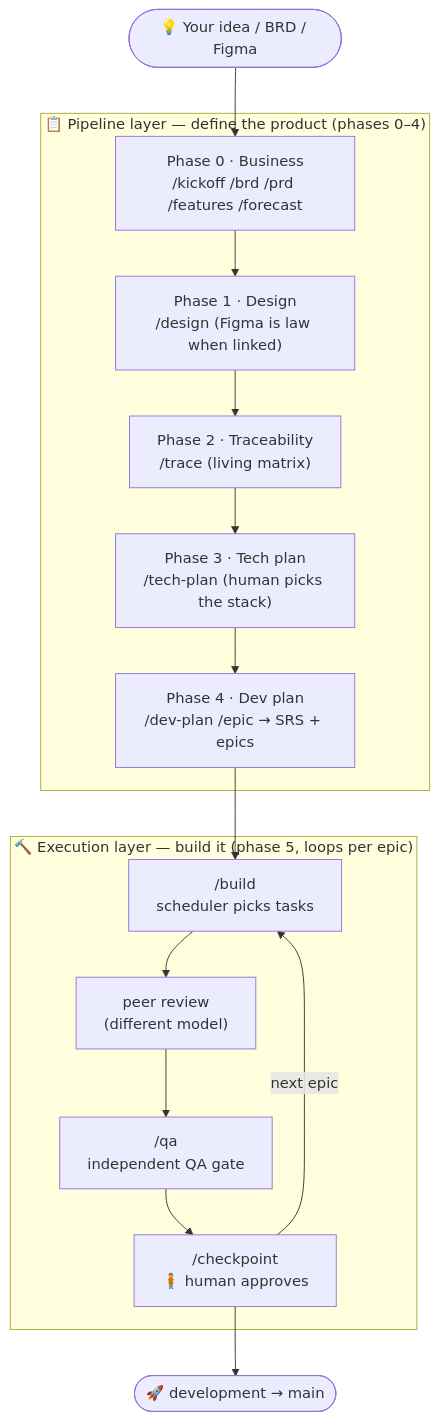
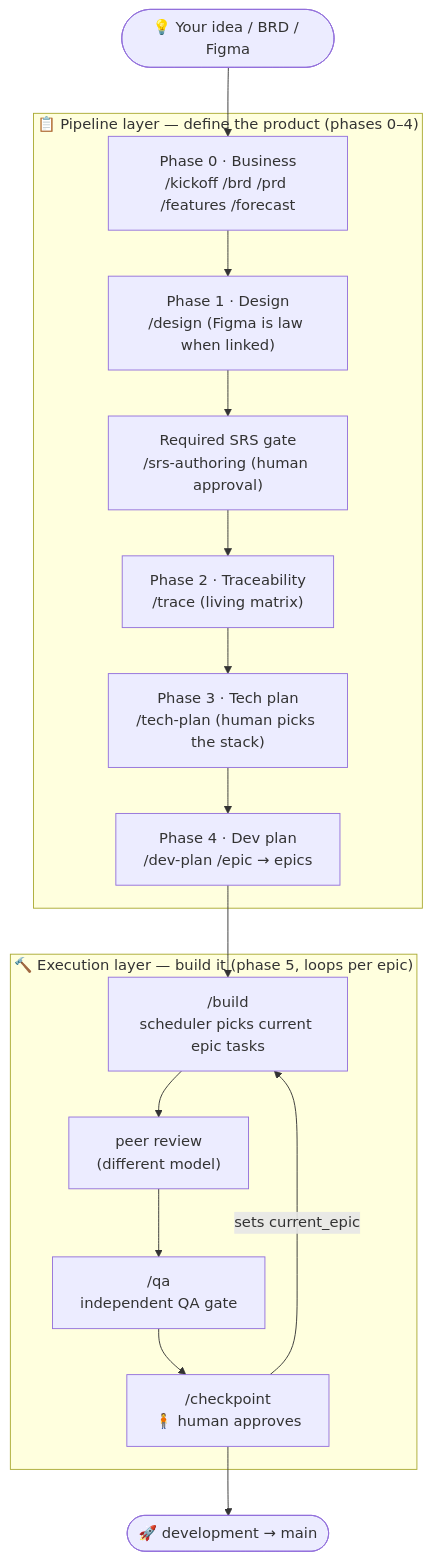
Before and after one commit to nuhin13/Workflow: the first of 7 diagrams in README.md, drawn with Mermaid. The commit also changed other lines of this file and 22 other files, not shown here.

Commit message:
feat: implement SRS phase with human approval gate and update pipeline structure

````diff
--- a/README.md
+++ b/README.md
@@ -17,24 +17,25 @@
 ```mermaid
 flowchart TB
     IDEA([💡 Your idea / BRD / Figma]) --> P0
 
     subgraph PIPELINE["📋 Pipeline layer — define the product (phases 0–4)"]
         P0["Phase 0 · Business<br>/kickoff /brd /prd /features /forecast"]
         P1["Phase 1 · Design<br>/design (Figma is law when linked)"]
+        SG["Required SRS gate<br>/srs-authoring (human approval)"]
         P2["Phase 2 · Traceability<br>/trace (living matrix)"]
         P3["Phase 3 · Tech plan<br>/tech-plan (human picks the stack)"]
-        P4["Phase 4 · Dev plan<br>/dev-plan /epic → SRS + epics"]
-        P0 --> P1 --> P2 --> P3 --> P4
+        P4["Phase 4 · Dev plan<br>/dev-plan /epic → epics"]
+        P0 --> P1 --> SG --> P2 --> P3 --> P4
     end
 
     P4 --> P5
 
     subgraph BUILD["🔨 Execution layer — build it (phase 5, loops per epic)"]
-        P5["/build<br>scheduler picks tasks"] --> PR["peer review<br>(different model)"]
+        P5["/build<br>scheduler picks current epic tasks"] --> PR["peer review<br>(different model)"]
         PR --> QA["/qa<br>independent QA gate"]
         QA --> CP["/checkpoint<br>🧍 human approves"]
-        CP -->|next epic| P5
+        CP -->|sets current_epic| P5
     end
 
     CP --> SHIP([🚀 development → main])
 ```
````
